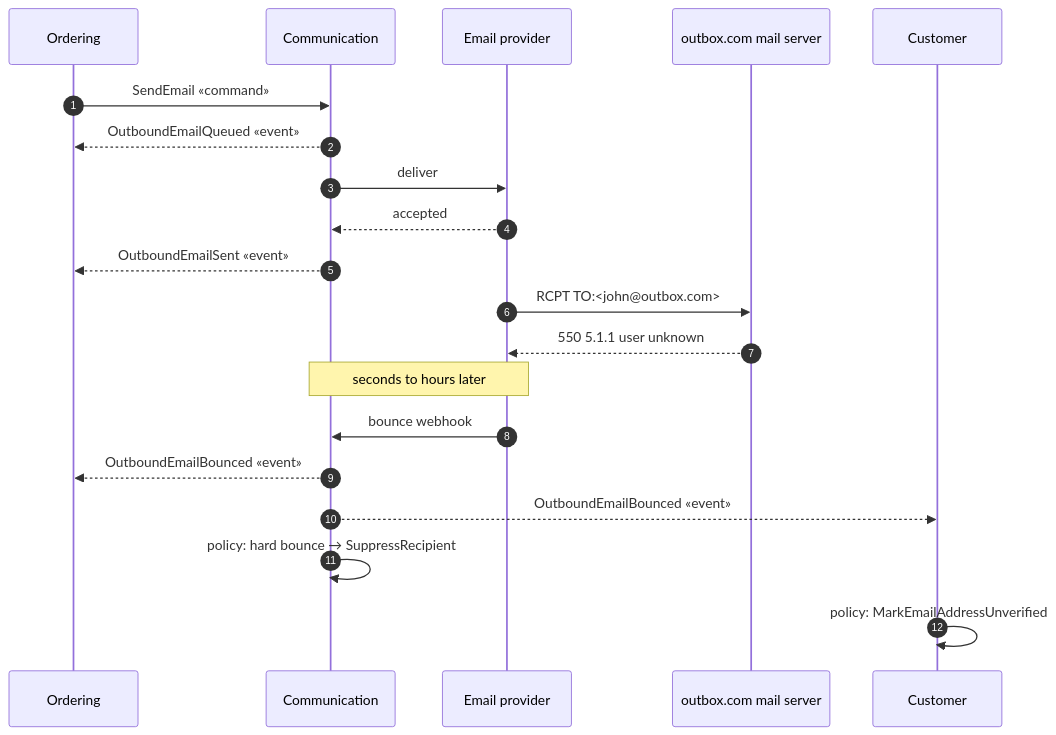
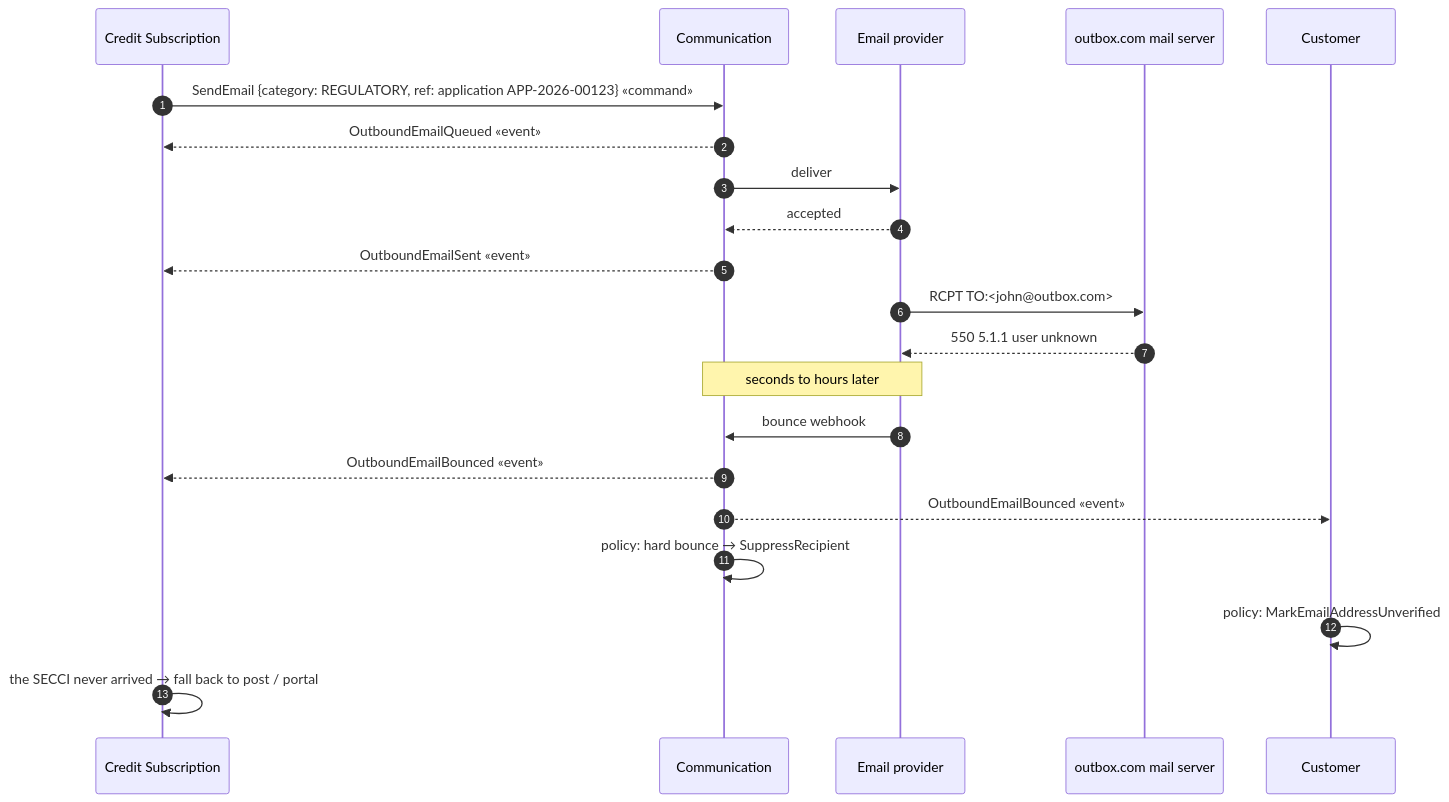
One commit to PascoalBayonne/Customer-Microservice changed the diagram in scripts/messaging-guide.md. Above: the diagram before and after it, drawn with Mermaid. The commit also changed other lines of this file and 3 other files, not shown here.

````diff
--- a/scripts/messaging-guide.md
+++ b/scripts/messaging-guide.md
@@ -84,23 +98,24 @@
 ```mermaid
 sequenceDiagram
     autonumber
-    participant ORD as Ordering
+    participant CRS as Credit Subscription
     participant COM as Communication
     participant PRV as Email provider
     participant MTA as outbox.com mail server
     participant CUS as Customer
 
-    ORD->>COM: SendEmail «command»
-    COM-->>ORD: OutboundEmailQueued «event»
+    CRS->>COM: SendEmail {category: REGULATORY, ref: application APP-2026-00123} «command»
+    COM-->>CRS: OutboundEmailQueued «event»
     COM->>PRV: deliver
     PRV-->>COM: accepted
-    COM-->>ORD: OutboundEmailSent «event»
+    COM-->>CRS: OutboundEmailSent «event»
     PRV->>MTA: RCPT TO:<john@outbox.com>
     MTA-->>PRV: 550 5.1.1 user unknown
     Note over PRV,COM: seconds to hours later
     PRV->>COM: bounce webhook
-    COM-->>ORD: OutboundEmailBounced «event»
+    COM-->>CRS: OutboundEmailBounced «event»
     COM-->>CUS: OutboundEmailBounced «event»
     COM->>COM: policy: hard bounce → SuppressRecipient
     CUS->>CUS: policy: MarkEmailAddressUnverified
+    CRS->>CRS: the SECCI never arrived → fall back to post / portal
 ```
````
